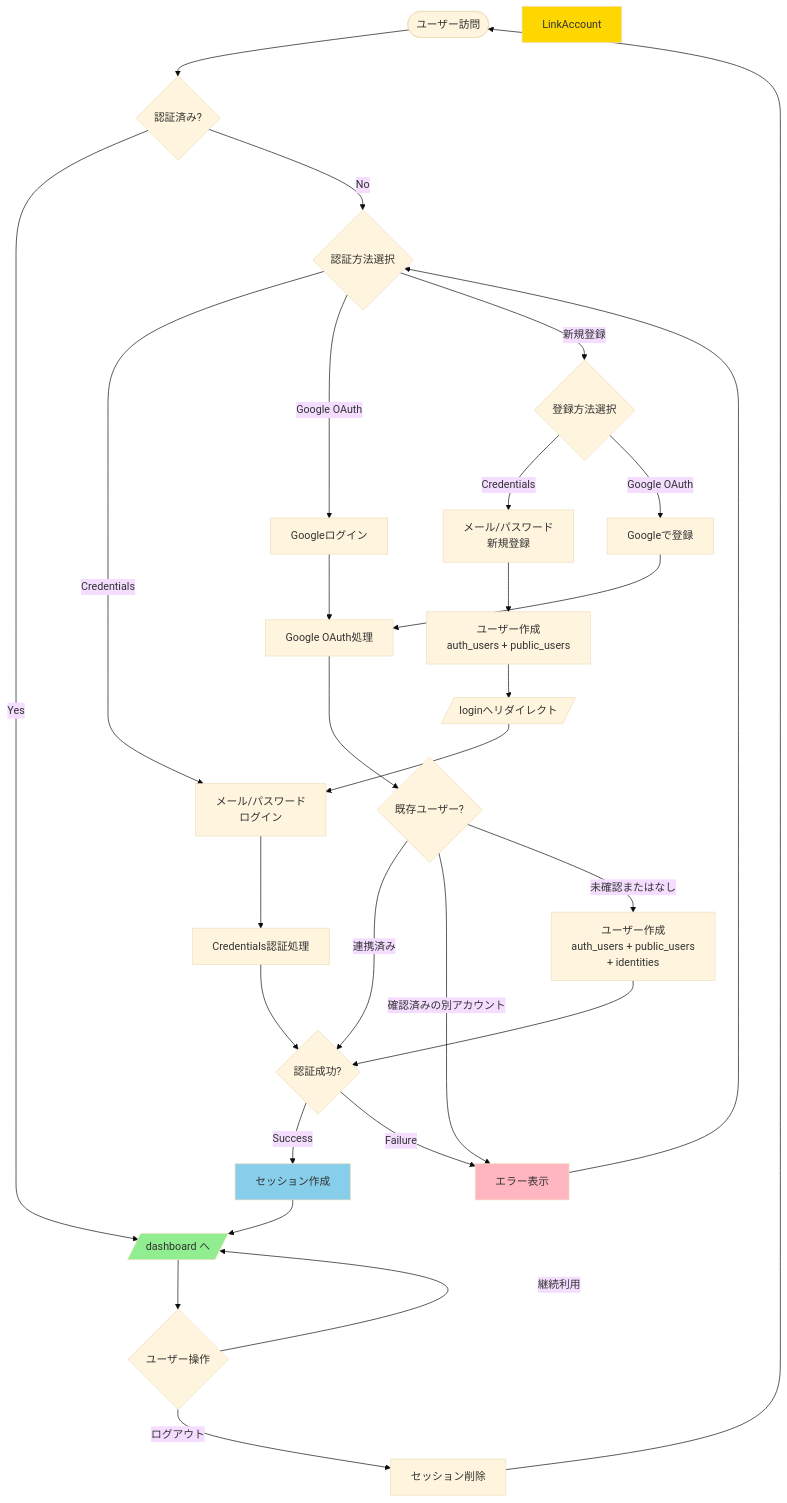
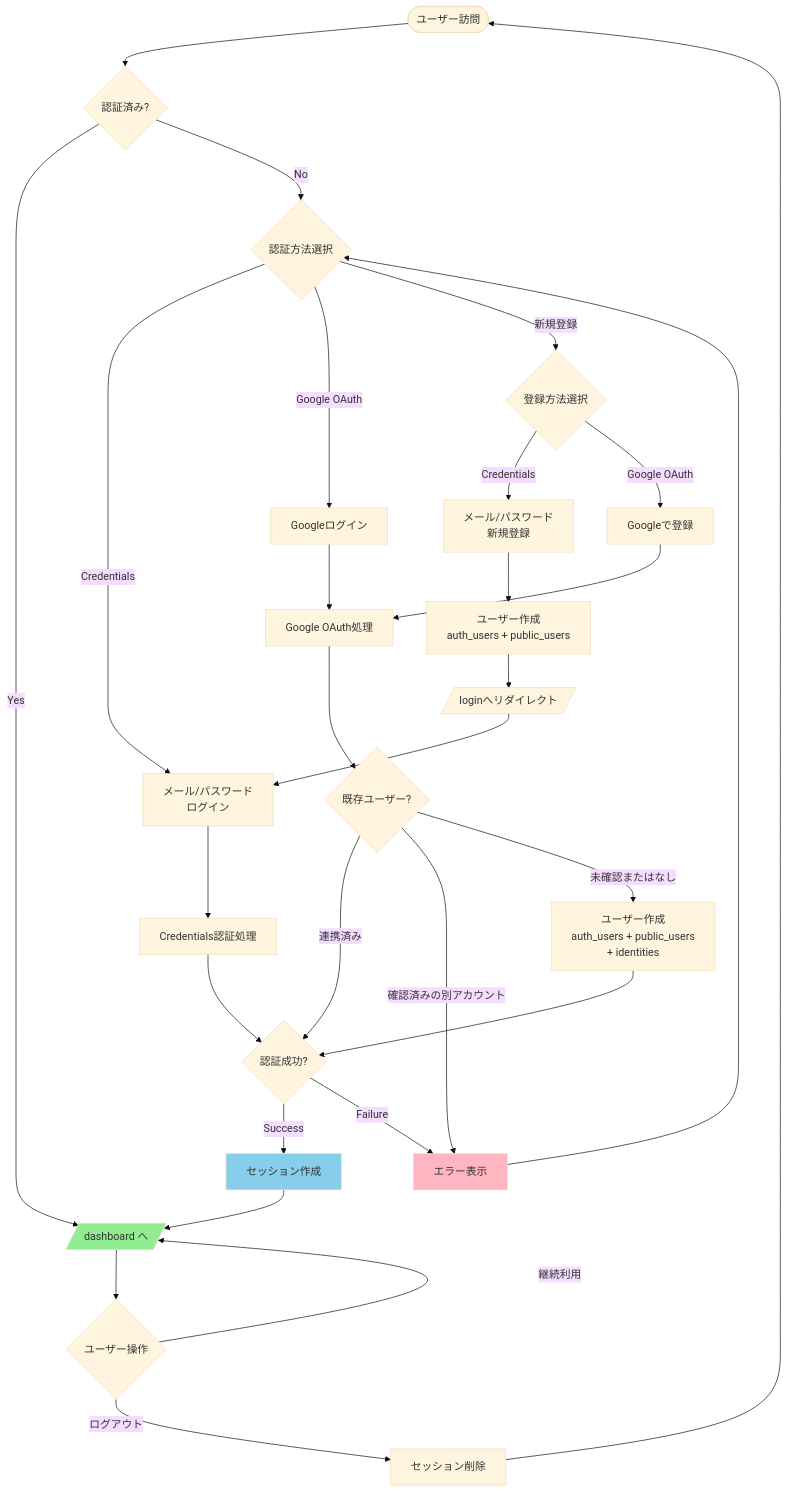
The first of 11 diagrams in docs/reference/authentication-diagrams.md (kazumadev619-dev/FishingConditionsApp), drawn with Mermaid (base theme) before and after one commit. The commit also changed other lines of this file and 8 other files, not shown here.

````diff
--- a/docs/reference/authentication-diagrams.md
+++ b/docs/reference/authentication-diagrams.md
@@ -9,47 +9,46 @@
 ```mermaid
 flowchart TD
     Start([ユーザー訪問]) --> CheckAuth{認証済み?}
 
     CheckAuth -->|Yes| Dashboard[/dashboard へ/]
     CheckAuth -->|No| LoginChoice{認証方法選択}
 
     LoginChoice -->|Credentials| CredLogin[メール/パスワード<br/>ログイン]
     LoginChoice -->|Google OAuth| GoogleLogin[Googleログイン]
     LoginChoice -->|新規登録| RegisterChoice{登録方法選択}
 
     RegisterChoice -->|Credentials| CredRegister[メール/パスワード<br/>新規登録]
     RegisterChoice -->|Google OAuth| GoogleRegister[Googleで登録]
 
     CredLogin --> CredAuth[Credentials認証処理]
     GoogleLogin --> GoogleAuth[Google OAuth処理]
 
     CredRegister --> CreateCredUser[ユーザー作成<br/>auth_users + public_users]
     GoogleRegister --> GoogleAuth
 
     GoogleAuth --> CheckExisting{既存ユーザー?}
     CheckExisting -->|連携済み| AuthSuccess
     CheckExisting -->|確認済みの別アカウント| ShowError
     CheckExisting -->|未確認またはなし| CreateOAuthUser[ユーザー作成<br/>auth_users + public_users<br/>+ identities]
 
     CredAuth --> AuthSuccess{認証成功?}
     CreateCredUser --> LoginRedirect[/loginへリダイレクト/]
     CreateOAuthUser --> AuthSuccess
     LoginRedirect --> CredLogin
 
     AuthSuccess -->|Success| CreateSession[セッション作成]
     AuthSuccess -->|Failure| ShowError[エラー表示]
 
     CreateSession --> Dashboard
     ShowError --> LoginChoice
 
     Dashboard --> UserAction{ユーザー操作}
     UserAction -->|ログアウト| Logout[セッション削除]
     UserAction -->|継続利用| Dashboard
 
     Logout --> Start
 
     style Dashboard fill:#90EE90
     style ShowError fill:#FFB6C1
     style CreateSession fill:#87CEEB
-    style LinkAccount fill:#FFD700
 ```
````
